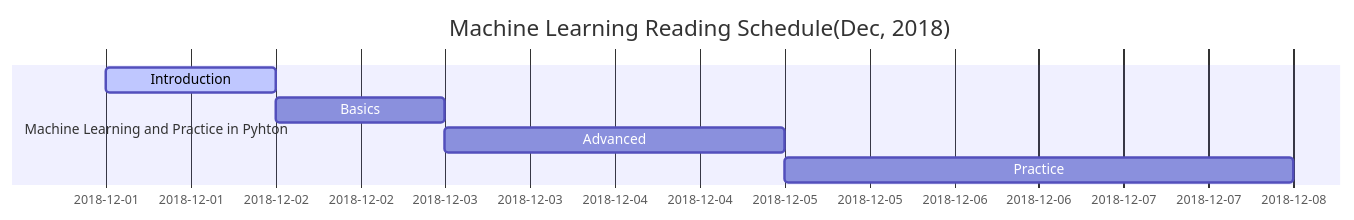
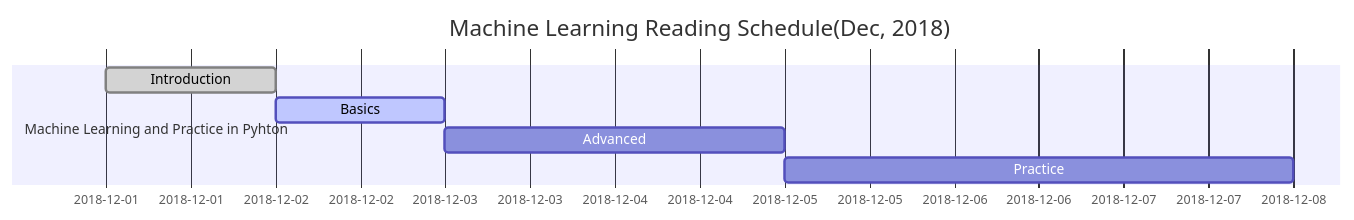
One commit to fischstreicheln/fischstreicheln.github.io changed the first of 4 diagrams in _posts/2017-12-31-reading-and-writing-list.md. Above: the diagram before and after it, drawn with Mermaid.

```diff
--- a/_posts/2017-12-31-reading-and-writing-list.md
+++ b/_posts/2017-12-31-reading-and-writing-list.md
@@ -111,11 +111,11 @@
 <div class="mermaid" id="201812-ML">
 gantt
     title Machine Learning Reading Schedule(Dec, 2018)
     dateFormat YYYY-MM-DD
 
     section Machine Learning and Practice in Pyhton
-    Introduction  :active,  2018-12-01, 1d
-    Basics        :         1d
+    Introduction  :done,    2018-12-01, 1d
+    Basics        :active,  1d
     Advanced      :         2d
     Practice      :         3d
 </div>
```
